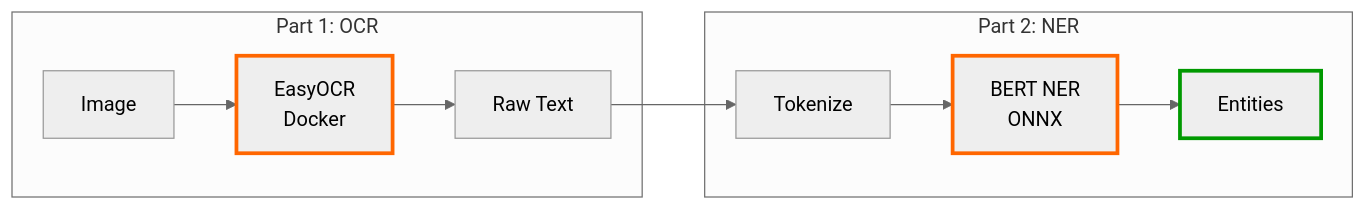
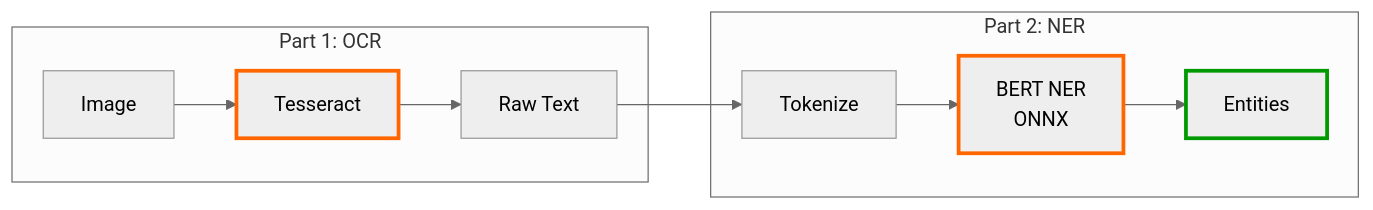
The first of 7 diagrams in Mostlylucid/Markdown/simple-ocr-ner-extraction.md (Shaddix/mostlylucidweb), drawn with Mermaid (neutral theme) before and after one commit. The commit also changed other lines of this file and 2 other files, not shown here.

First line of the commit message:
Update OCR method in tutorial to use Tesseract instead of EasyOCR

````diff
--- a/Mostlylucid/Markdown/simple-ocr-ner-extraction.md
+++ b/Mostlylucid/Markdown/simple-ocr-ner-extraction.md
@@ -19,24 +23,24 @@
 ```mermaid
 flowchart LR
     subgraph OCR["Part 1: OCR"]
         IMG[Image]
-        EOCR[EasyOCR<br/>Docker]
+        TESS[Tesseract]
         TXT[Raw Text]
     end
 
     subgraph NER["Part 2: NER"]
         TOK[Tokenize]
         BERT[BERT NER<br/>ONNX]
         ENT[Entities]
     end
 
-    IMG --> EOCR
-    EOCR --> TXT
+    IMG --> TESS
+    TESS --> TXT
     TXT --> TOK
     TOK --> BERT
     BERT --> ENT
 
-    style EOCR stroke:#f60,stroke-width:3px
+    style TESS stroke:#f60,stroke-width:3px
     style BERT stroke:#f60,stroke-width:3px
     style ENT stroke:#090,stroke-width:3px
 ```
````
